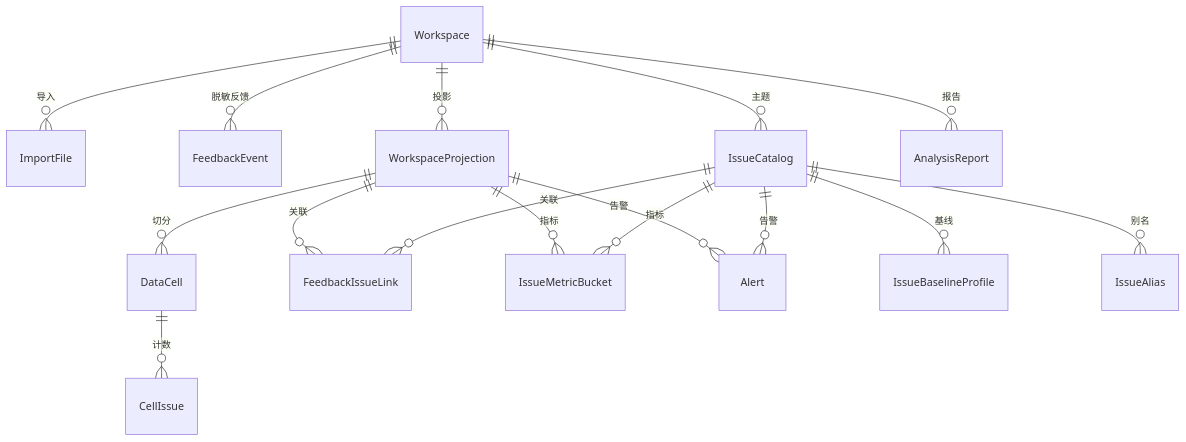
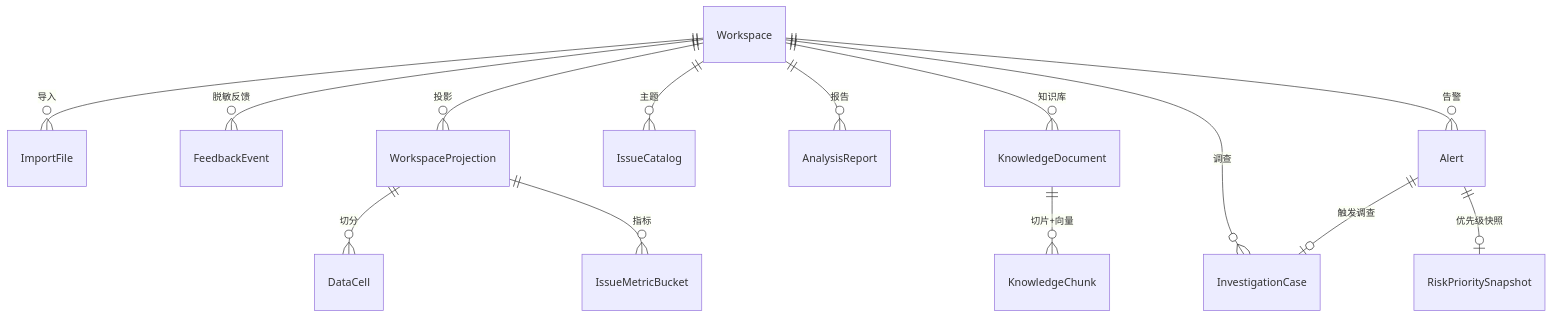
The fourth of 5 diagrams in README.md (Suda-313/InsightFlow), drawn with Mermaid before and after one commit. The commit also changed other lines of this file and 23 other files, not shown here.

````diff
--- a/README.md
+++ b/README.md
@@ -125,20 +273,17 @@
 ```mermaid
 erDiagram
     Workspace ||--o{ ImportFile : "导入"
     Workspace ||--o{ FeedbackEvent : "脱敏反馈"
     Workspace ||--o{ WorkspaceProjection : "投影"
     Workspace ||--o{ IssueCatalog : "主题"
     Workspace ||--o{ AnalysisReport : "报告"
+    Workspace ||--o{ KnowledgeDocument : "知识库"
+    Workspace ||--o{ InvestigationCase : "调查"
+    Workspace ||--o{ Alert : "告警"
 
     WorkspaceProjection ||--o{ DataCell : "切分"
-    WorkspaceProjection ||--o{ FeedbackIssueLink : "关联"
     WorkspaceProjection ||--o{ IssueMetricBucket : "指标"
-    WorkspaceProjection ||--o{ Alert : "告警"
-
-    DataCell ||--o{ CellIssue : "计数"
-    IssueCatalog ||--o{ FeedbackIssueLink : "关联"
-    IssueCatalog ||--o{ IssueMetricBucket : "指标"
-    IssueCatalog ||--o{ IssueBaselineProfile : "基线"
-    IssueCatalog ||--o{ Alert : "告警"
-    IssueCatalog ||--o{ IssueAlias : "别名"
+    Alert ||--o| RiskPrioritySnapshot : "优先级快照"
+    Alert ||--o| InvestigationCase : "触发调查"
+    KnowledgeDocument ||--o{ KnowledgeChunk : "切片+向量"
 ```
````
